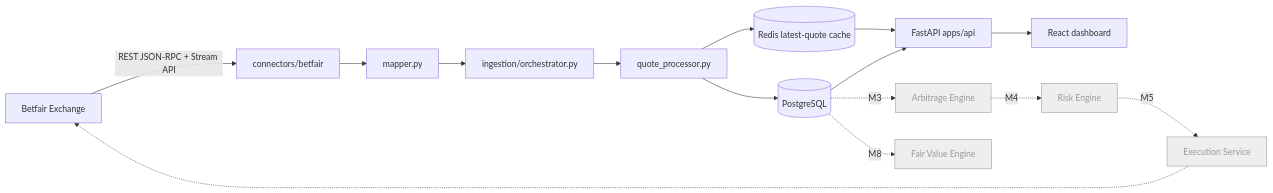
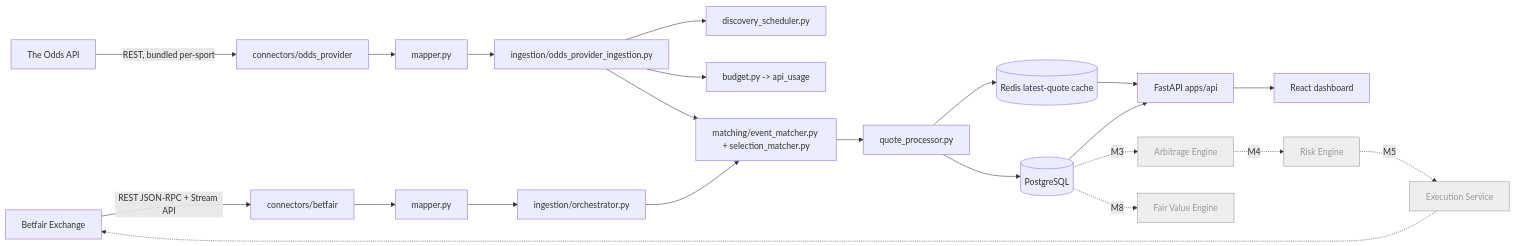
Before and after one commit to Riley13590/MatchedBettingArbitrage: the first of 2 diagrams in docs/architecture.md, drawn with Mermaid. The commit also changed other lines of this file and 45 other files, not shown here.

````diff
--- a/docs/architecture.md
+++ b/docs/architecture.md
@@ -104,23 +121,30 @@
 ```mermaid
 flowchart LR
-    BF[Betfair Exchange] -->|REST JSON-RPC + Stream API| C[connectors/betfair]
-    C --> M[mapper.py]
-    M --> O[ingestion/orchestrator.py]
-    O --> QP[quote_processor.py]
+    BF[Betfair Exchange] -->|REST JSON-RPC + Stream API| C1[connectors/betfair]
+    OA[The Odds API] -->|REST, bundled per-sport| C2[connectors/odds_provider]
+    C1 --> M1M[mapper.py]
+    C2 --> M2M[mapper.py]
+    M1M --> O1[ingestion/orchestrator.py]
+    M2M --> O2[ingestion/odds_provider_ingestion.py]
+    O2 --> SCHED[discovery_scheduler.py]
+    O2 --> BUDGET[budget.py -> api_usage]
+    O1 --> MATCH[matching/event_matcher.py + selection_matcher.py]
+    O2 --> MATCH
+    MATCH --> QP[quote_processor.py]
     QP --> RC[(Redis latest-quote cache)]
     QP --> PG[(PostgreSQL)]
     PG --> API[FastAPI apps/api]
     RC --> API
     API --> WEB[React dashboard]
 
     classDef future fill:#eee,stroke:#999,color:#999;
     ARB[Arbitrage Engine]:::future
     FV[Fair Value Engine]:::future
     RISK[Risk Engine]:::future
     EXEC[Execution Service]:::future
     PG -.M3.-> ARB
     PG -.M8.-> FV
     ARB -.M4.-> RISK
     RISK -.M5.-> EXEC
     EXEC -.-> BF
 ```
````
